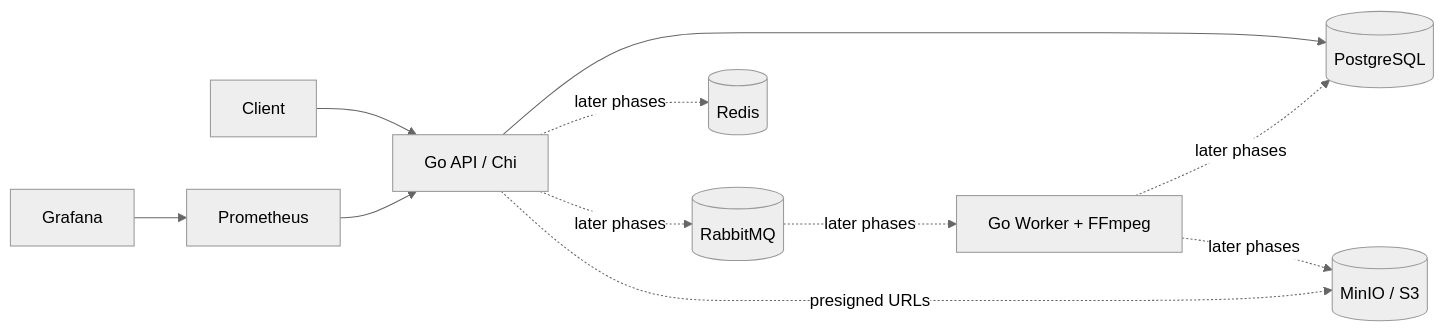
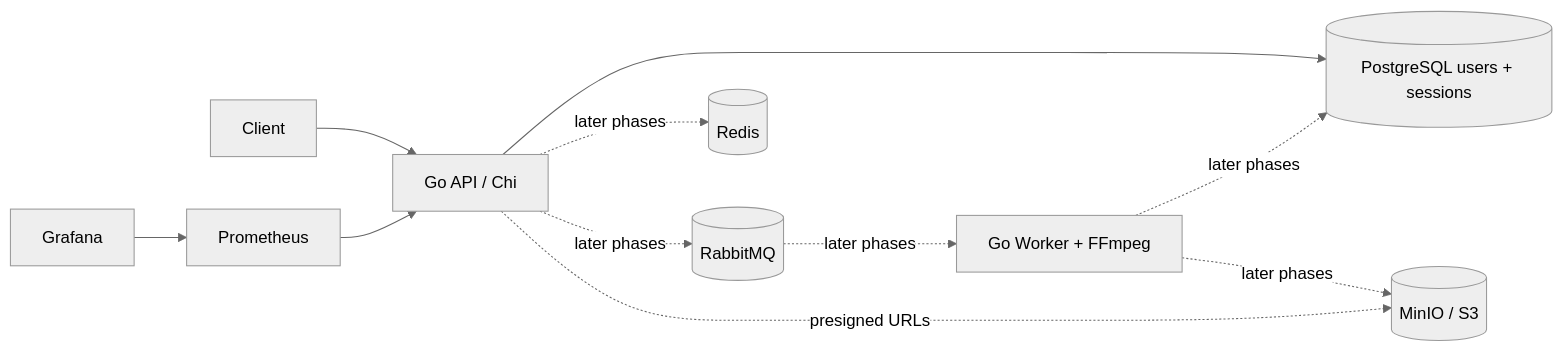
Before and after one commit to Singatha/stream-forge: the first of 2 diagrams in README.md, drawn with Mermaid (neutral theme). The commit also changed other lines of this file and 32 other files, not shown here.

````diff
--- a/README.md
+++ b/README.md
@@ -26,13 +34,13 @@
 ```mermaid
 flowchart LR
     Client --> API[Go API / Chi]
-    API --> PG[(PostgreSQL)]
+    API --> PG[(PostgreSQL users + sessions)]
     API -. later phases .-> Redis[(Redis)]
     API -. later phases .-> MQ[(RabbitMQ)]
     API -. presigned URLs .-> Object[(MinIO / S3)]
     MQ -. later phases .-> Worker[Go Worker + FFmpeg]
     Worker -. later phases .-> PG
     Worker -. later phases .-> Object
     Prometheus --> API
     Grafana --> Prometheus
 ```
````
